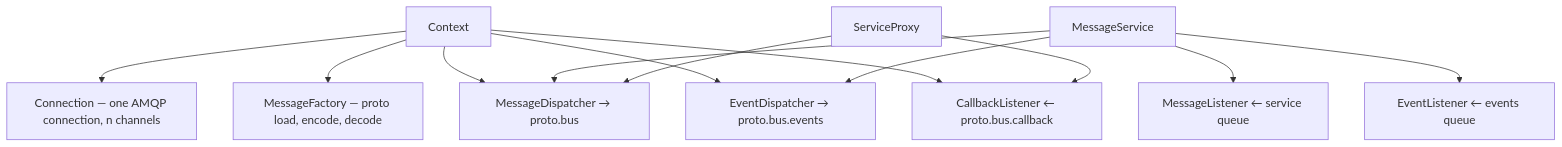
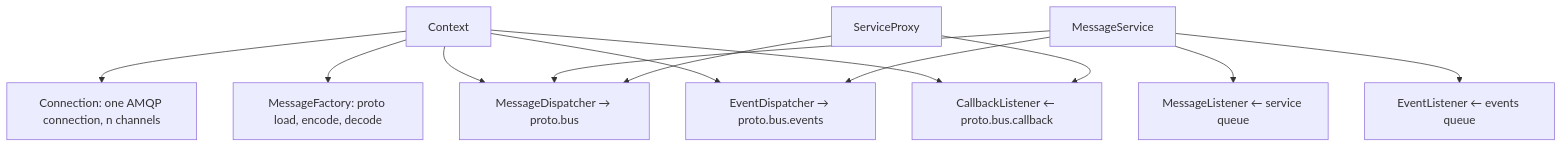
Before and after one commit to ArielLaub/protobus-py: the sixth of 6 diagrams in docs/concepts/architecture.md, drawn with Mermaid. The commit also changed other lines of this file and 28 other files, not shown here.

````diff
--- a/docs/concepts/architecture.md
+++ b/docs/concepts/architecture.md
@@ -327,17 +327,17 @@
 ```mermaid
 flowchart TD
     CTX["Context"]
-    CTX --> CONN["Connection — one AMQP connection, n channels"]
-    CTX --> MF["MessageFactory — proto load, encode, decode"]
+    CTX --> CONN["Connection: one AMQP connection, n channels"]
+    CTX --> MF["MessageFactory: proto load, encode, decode"]
     CTX --> MD["MessageDispatcher → proto.bus"]
     CTX --> ED["EventDispatcher → proto.bus.events"]
     CTX --> CBL["CallbackListener ← proto.bus.callback"]
 
     MS["MessageService"] --> ML["MessageListener ← service queue"]
     MS --> EL["EventListener ← events queue"]
     MS --> MD
     MS --> ED
 
     SP["ServiceProxy"] --> MD
     SP --> CBL
 ```
````
